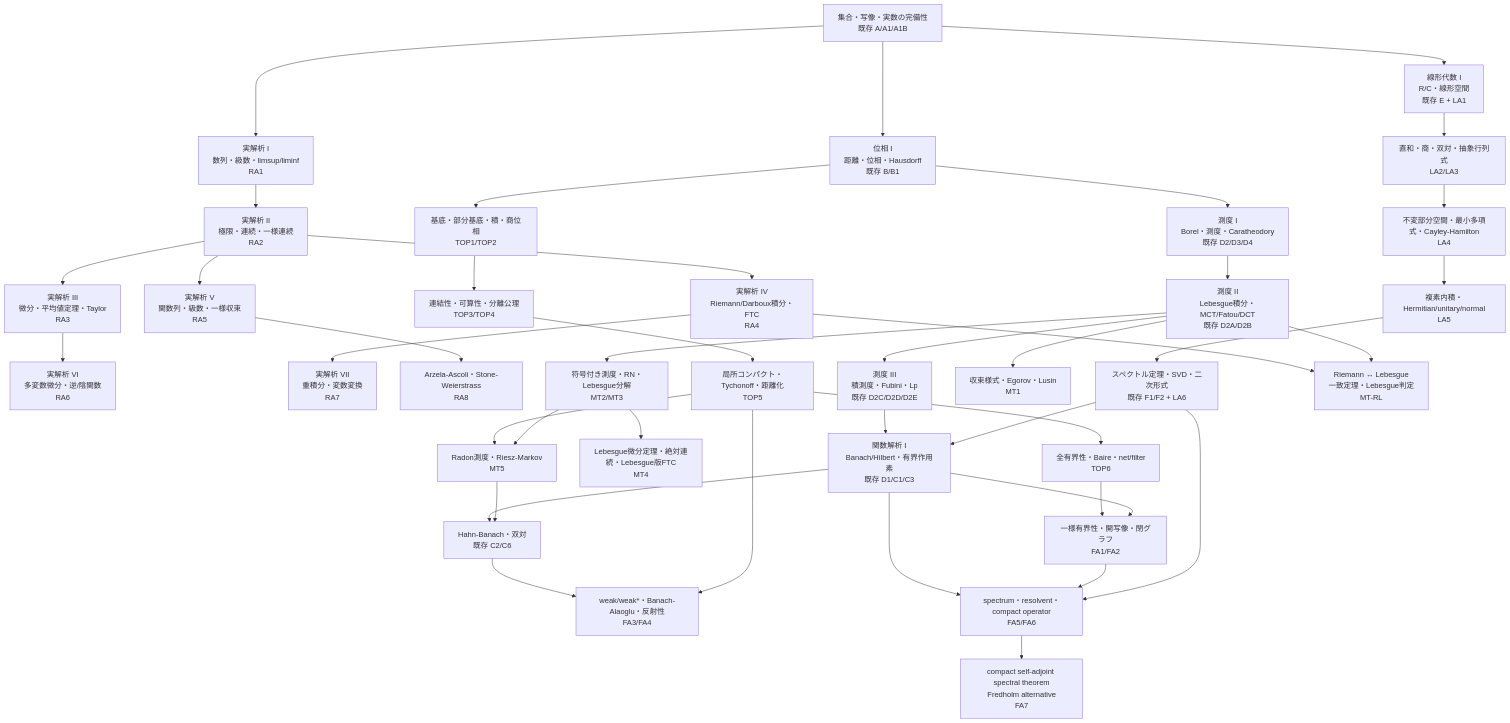
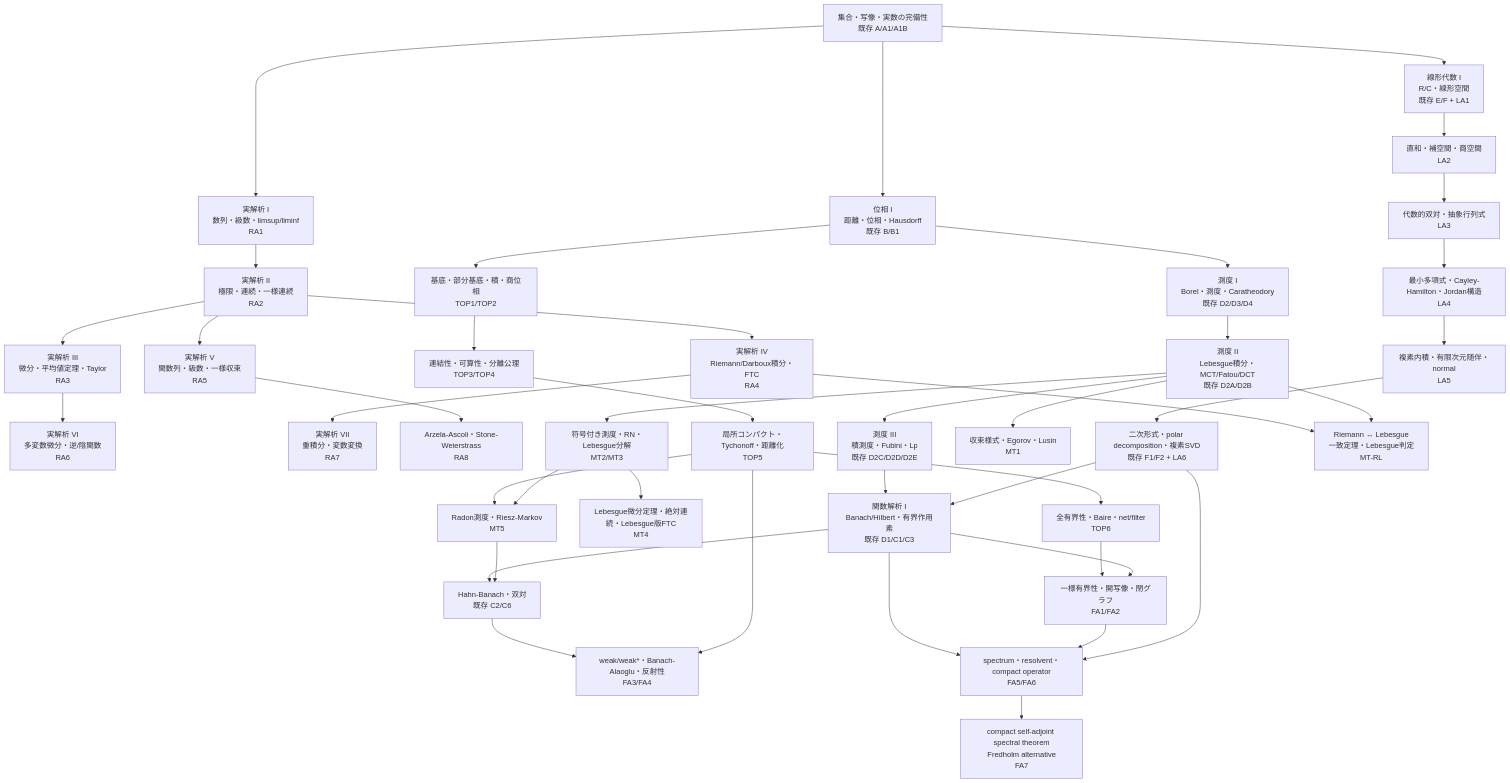
Before and after one commit to InSuns21/toukei-kentei_grade1_preparation: the diagram in textbook/dream-theater-standard-math-core.md, drawn with Mermaid. The commit also changed other lines of this file, not shown here.

````diff
--- a/textbook/dream-theater-standard-math-core.md
+++ b/textbook/dream-theater-standard-math-core.md
@@ -26,52 +26,53 @@
 ```mermaid
 flowchart TD
   A["集合・写像・実数の完備性<br/>既存 A/A1/A1B"]
 
   A --> RA1["実解析 I<br/>数列・級数・limsup/liminf<br/>RA1"]
-  A --> LA1["線形代数 I<br/>R/C・線形空間<br/>既存 E + LA1"]
+  A --> LA1["線形代数 I<br/>R/C・線形空間<br/>既存 E/F + LA1"]
   A --> TOP0["位相 I<br/>距離・位相・Hausdorff<br/>既存 B/B1"]
 
   RA1 --> RA2["実解析 II<br/>極限・連続・一様連続<br/>RA2"]
   RA2 --> RA3["実解析 III<br/>微分・平均値定理・Taylor<br/>RA3"]
   RA2 --> RA4["実解析 IV<br/>Riemann/Darboux積分・FTC<br/>RA4"]
   RA2 --> RA5["実解析 V<br/>関数列・級数・一様収束<br/>RA5"]
   RA3 --> RA6["実解析 VI<br/>多変数微分・逆/陰関数<br/>RA6"]
   RA4 --> RA7["実解析 VII<br/>重積分・変数変換<br/>RA7"]
   RA5 --> RA8["Arzela-Ascoli・Stone-Weierstrass<br/>RA8"]
 
   TOP0 --> TOP1["基底・部分基底・積・商位相<br/>TOP1/TOP2"]
   TOP1 --> TOP3["連結性・可算性・分離公理<br/>TOP3/TOP4"]
   TOP3 --> TOP5["局所コンパクト・Tychonoff・距離化<br/>TOP5"]
   TOP5 --> BAIRE["全有界性・Baire・net/filter<br/>TOP6"]
 
-  LA1 --> LA2["直和・商・双対・抽象行列式<br/>LA2/LA3"]
-  LA2 --> LA4["不変部分空間・最小多項式・Cayley-Hamilton<br/>LA4"]
-  LA4 --> LA5["複素内積・Hermitian/unitary/normal<br/>LA5"]
-  LA5 --> LA6["スペクトル定理・SVD・二次形式<br/>既存 F1/F2 + LA6"]
+  LA1 --> LA2["直和・補空間・商空間<br/>LA2"]
+  LA2 --> LA3["代数的双対・抽象行列式<br/>LA3"]
+  LA3 --> LA4["最小多項式・Cayley-Hamilton・Jordan構造<br/>LA4"]
+  LA4 --> LA5["複素内積・有限次元随伴・normal<br/>LA5"]
+  LA5 --> LA6["二次形式・polar decomposition・複素SVD<br/>既存 F1/F2 + LA6"]
 
   TOP0 --> MT0["測度 I<br/>Borel・測度・Caratheodory<br/>既存 D2/D3/D4"]
   MT0 --> MTI["測度 II<br/>Lebesgue積分・MCT/Fatou/DCT<br/>既存 D2A/D2B"]
   MTI --> MTP["測度 III<br/>積測度・Fubini・Lp<br/>既存 D2C/D2D/D2E"]
   MTI --> MT1["収束様式・Egorov・Lusin<br/>MT1"]
   MTI --> MT2["符号付き測度・RN・Lebesgue分解<br/>MT2/MT3"]
 
   RA4 --> RLB["Riemann ↔ Lebesgue<br/>一致定理・Lebesgue判定<br/>MT-RL"]
   MTI --> RLB
 
   MT2 --> MT4["Lebesgue微分定理・絶対連続・Lebesgue版FTC<br/>MT4"]
   TOP5 --> MT5["Radon測度・Riesz-Markov<br/>MT5"]
   MT2 --> MT5
 
   MTP --> FA0["関数解析 I<br/>Banach/Hilbert・有界作用素<br/>既存 D1/C1/C3"]
   LA6 --> FA0
   FA0 --> HB["Hahn-Banach・双対<br/>既存 C2/C6"]
   BAIRE --> FA2["一様有界性・開写像・閉グラフ<br/>FA1/FA2"]
   FA0 --> FA2
   HB --> FA4["weak/weak*・Banach-Alaoglu・反射性<br/>FA3/FA4"]
   TOP5 --> FA4
   FA0 --> FA6["spectrum・resolvent・compact operator<br/>FA5/FA6"]
   FA2 --> FA6
   LA6 --> FA6
   FA6 --> FA7["compact self-adjoint spectral theorem<br/>Fredholm alternative<br/>FA7"]
   MT5 --> HB
 ```
````
